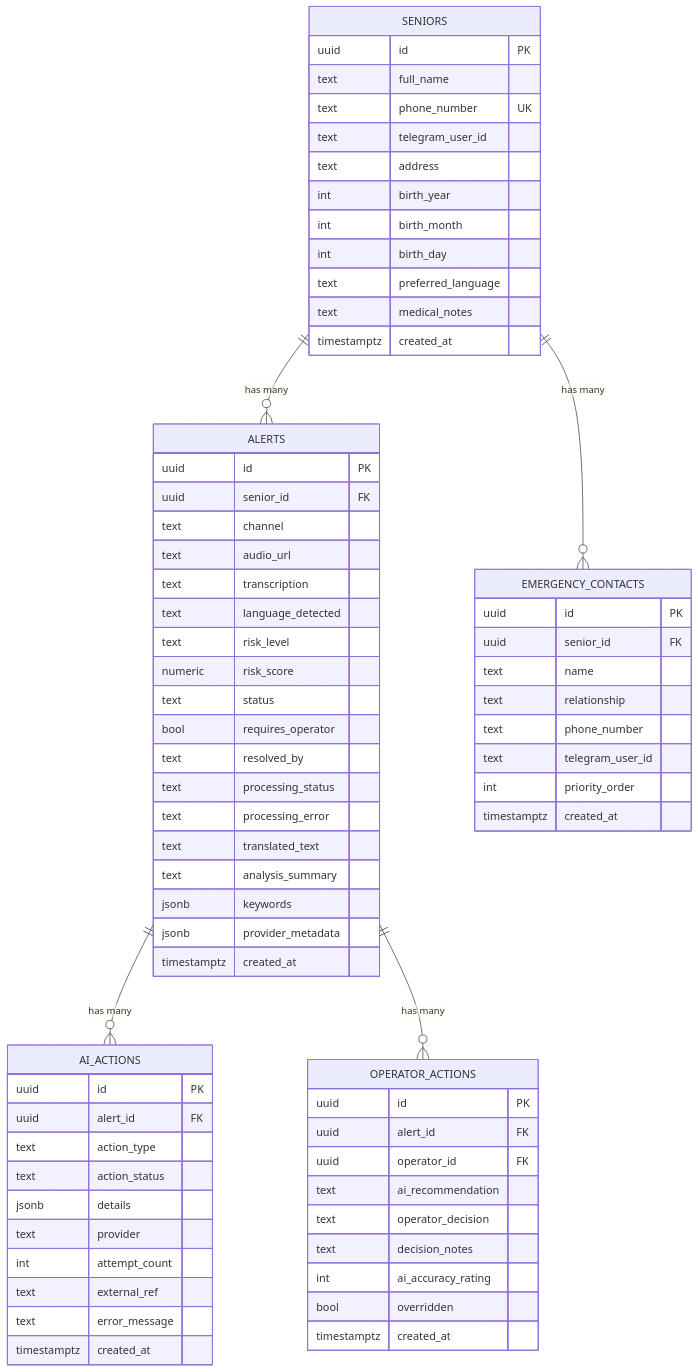
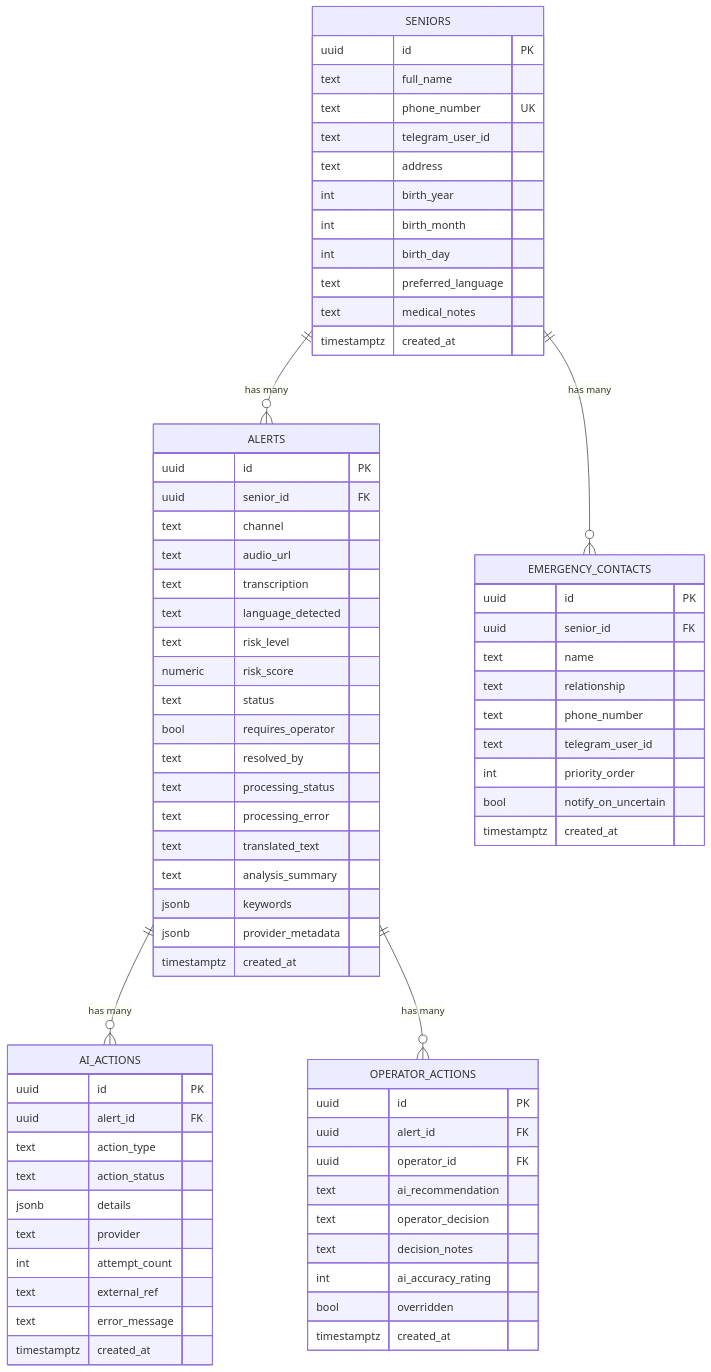
Before and after one commit to brucewzj99/PersonalAlertPlus: the third of 8 diagrams in flowchart.md, drawn with Mermaid. The commit also changed other lines of this file and 11 other files, not shown here.

````diff
--- a/flowchart.md
+++ b/flowchart.md
@@ -180,78 +181,79 @@
 ```mermaid
 erDiagram
     SENIORS ||--o{ ALERTS : "has many"
     SENIORS ||--o{ EMERGENCY_CONTACTS : "has many"
     ALERTS ||--o{ AI_ACTIONS : "has many"
     ALERTS ||--o{ OPERATOR_ACTIONS : "has many"
 
     SENIORS {
         uuid id PK
         text full_name
         text phone_number UK
         text telegram_user_id
         text address
         int birth_year
         int birth_month
         int birth_day
         text preferred_language
         text medical_notes
         timestamptz created_at
     }
 
     EMERGENCY_CONTACTS {
         uuid id PK
         uuid senior_id FK
         text name
         text relationship
         text phone_number
         text telegram_user_id
         int priority_order
+        bool notify_on_uncertain
         timestamptz created_at
     }
 
     ALERTS {
         uuid id PK
         uuid senior_id FK
         text channel
         text audio_url
         text transcription
         text language_detected
         text risk_level
         numeric risk_score
         text status
         bool requires_operator
         text resolved_by
         text processing_status
         text processing_error
         text translated_text
         text analysis_summary
         jsonb keywords
         jsonb provider_metadata
         timestamptz created_at
     }
 
     AI_ACTIONS {
         uuid id PK
         uuid alert_id FK
         text action_type
         text action_status
         jsonb details
         text provider
         int attempt_count
         text external_ref
         text error_message
         timestamptz created_at
     }
 
     OPERATOR_ACTIONS {
         uuid id PK
         uuid alert_id FK
         uuid operator_id FK
         text ai_recommendation
         text operator_decision
         text decision_notes
         int ai_accuracy_rating
         bool overridden
         timestamptz created_at
     }
 ```
````
